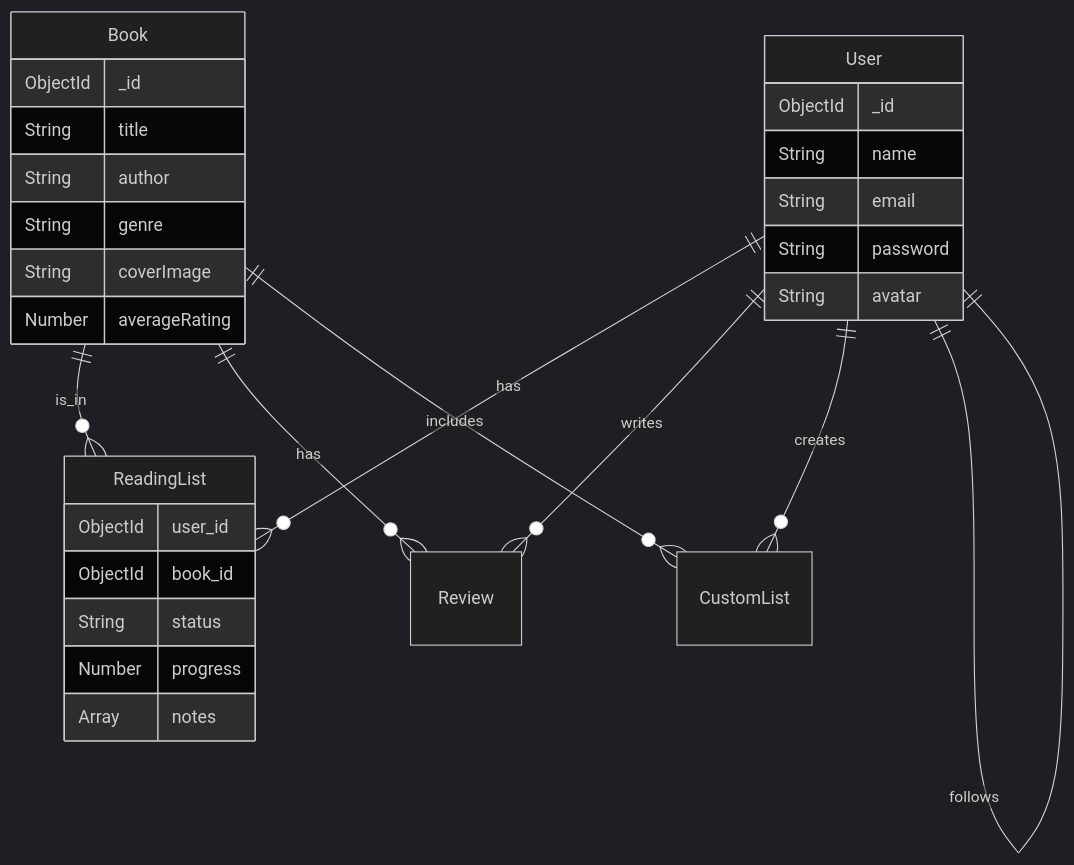
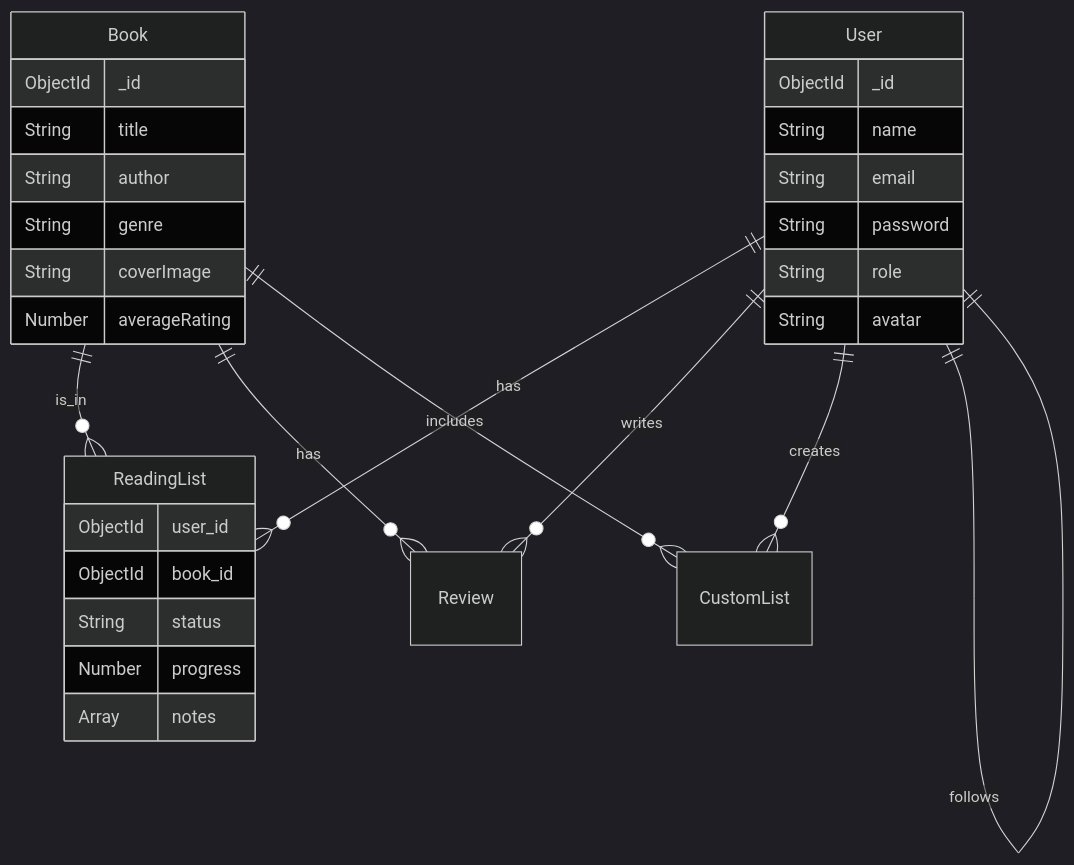
Before and after one commit to parthpatidar03/Book-Buddy: the second of 3 diagrams in README.md, drawn with Mermaid (dark theme). The commit also changed other lines of this file and 12 other files, not shown here.

````diff
--- a/README.md
+++ b/README.md
@@ -91,35 +101,36 @@
 ```mermaid
 erDiagram
     User ||--o{ ReadingList : "has"
     User ||--o{ Review : "writes"
     User ||--o{ CustomList : "creates"
     User ||--|| User : "follows"
     Book ||--o{ ReadingList : "is_in"
     Book ||--o{ Review : "has"
     Book ||--o{ CustomList : "includes"
 
     User {
         ObjectId _id
         String name
         String email
         String password
+        String role
         String avatar
     }
 
     Book {
         ObjectId _id
         String title
         String author
         String genre
         String coverImage
         Number averageRating
     }
 
     ReadingList {
         ObjectId user_id
         ObjectId book_id
         String status
         Number progress
         Array notes
     }
 ```
````
